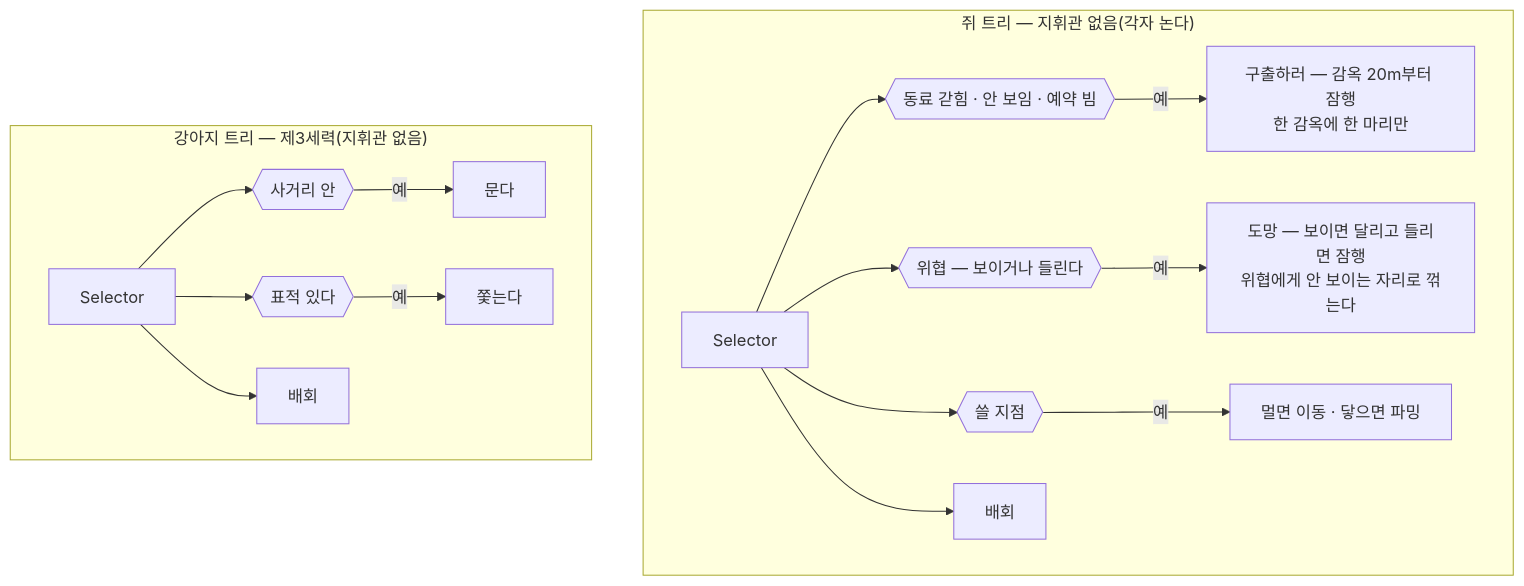
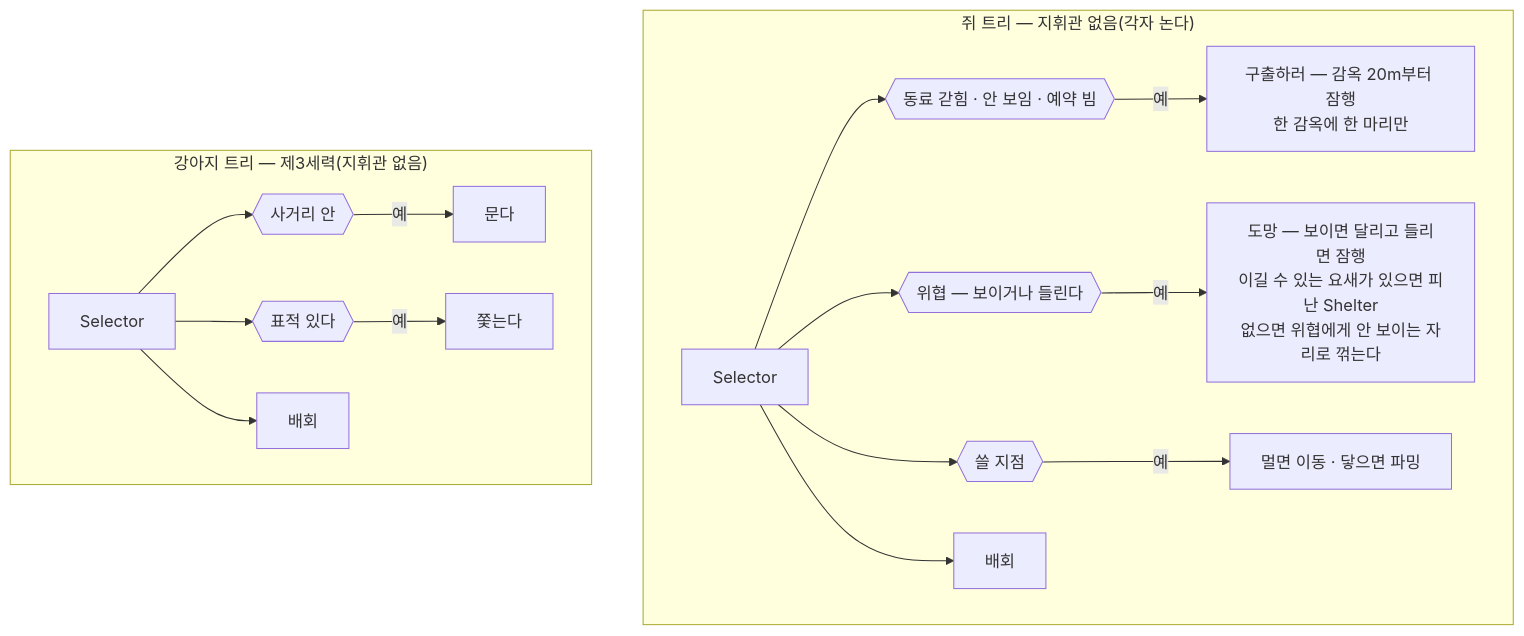
Before and after one commit to JeahanPark/The-Cheese-Thief-and-the-Cat: diagram 11 of 17 in CTC/docs/design-vault/코드 다이어그램.md, drawn with Mermaid. The commit also changed 9 other files, not shown here.

````diff
--- a/CTC/docs/design-vault/코드 다이어그램.md
+++ b/CTC/docs/design-vault/코드 다이어그램.md
@@ -492,20 +492,20 @@
 ```mermaid
 flowchart TB
     subgraph 쥐["쥐 트리 — 지휘관 없음(각자 논다)"]
         Root[Selector] --> J{{동료 갇힘 · 안 보임 · 예약 빔}}
         J -->|예| JA[구출하러 — 감옥 20m부터 잠행<br/>한 감옥에 한 마리만]
         Root --> T{{위협 — 보이거나 들린다}}
-        T -->|예| TA[도망 — 보이면 달리고 들리면 잠행<br/>위협에게 안 보이는 자리로 꺾는다]
+        T -->|예| TA[도망 — 보이면 달리고 들리면 잠행<br/>이길 수 있는 요새가 있으면 피난 Shelter<br/>없으면 위협에게 안 보이는 자리로 꺾는다]
         Root --> S{{쓸 지점}}
         S -->|예| SA[멀면 이동 · 닿으면 파밍]
         Root --> WW[배회]
     end
 
     subgraph 강아지["강아지 트리 — 제3세력(지휘관 없음)"]
         DRoot[Selector] --> DB{{사거리 안}}
         DB -->|예| DBA[문다]
         DRoot --> DC{{표적 있다}}
         DC -->|예| DCA[쫓는다]
         DRoot --> DR[배회]
     end
 ```
````
